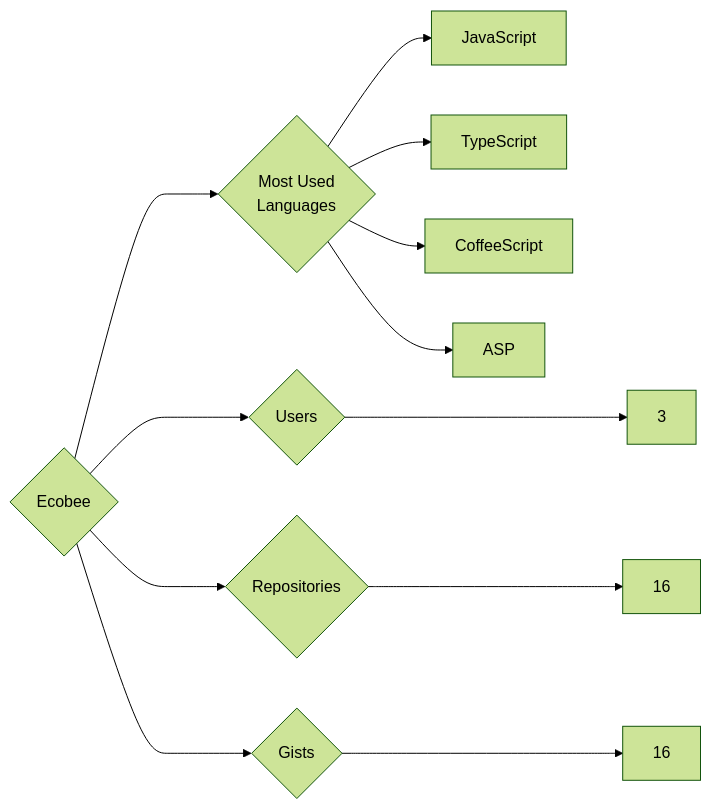
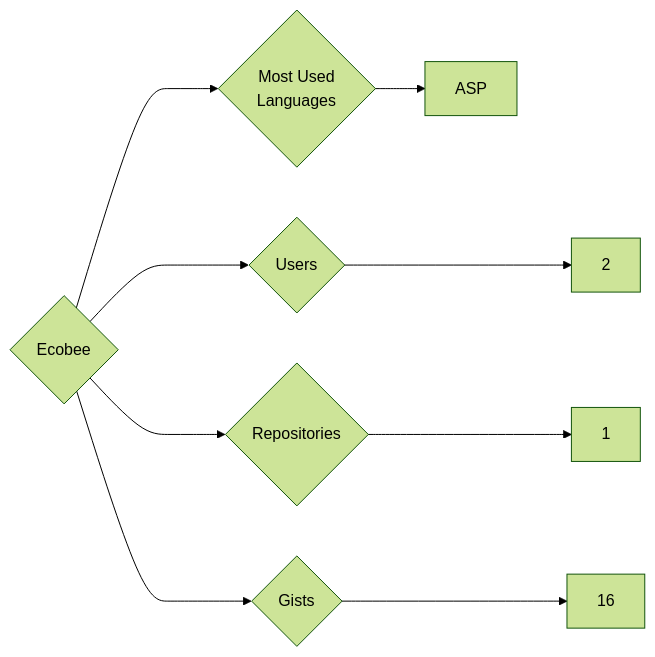
The diagram in targets/Ecobee/README.md (trickest/insiders), drawn with Mermaid (forest theme) before and after one commit. The commit also changed 997 other files, not shown here.

````diff
--- a/targets/Ecobee/README.md
+++ b/targets/Ecobee/README.md
@@ -3,12 +3,9 @@
 ```mermaid
 graph LR
 COMPANY_NAME{Ecobee}
-COMPANY_NAME ---> U{Users} ---> UN[3]
-COMPANY_NAME ---> R{Repositories} ---> RN[16]
+COMPANY_NAME ---> U{Users} ---> UN[2]
+COMPANY_NAME ---> R{Repositories} ---> RN[1]
 COMPANY_NAME ---> G{Gists} ---> GN[16]
 COMPANY_NAME ---> ML{Most Used<br>Languages}
-ML --> JavaScript[JavaScript]
-ML --> TypeScript[TypeScript]
-ML --> CoffeeScript[CoffeeScript]
 ML --> ASP[ASP]
 ```
````
